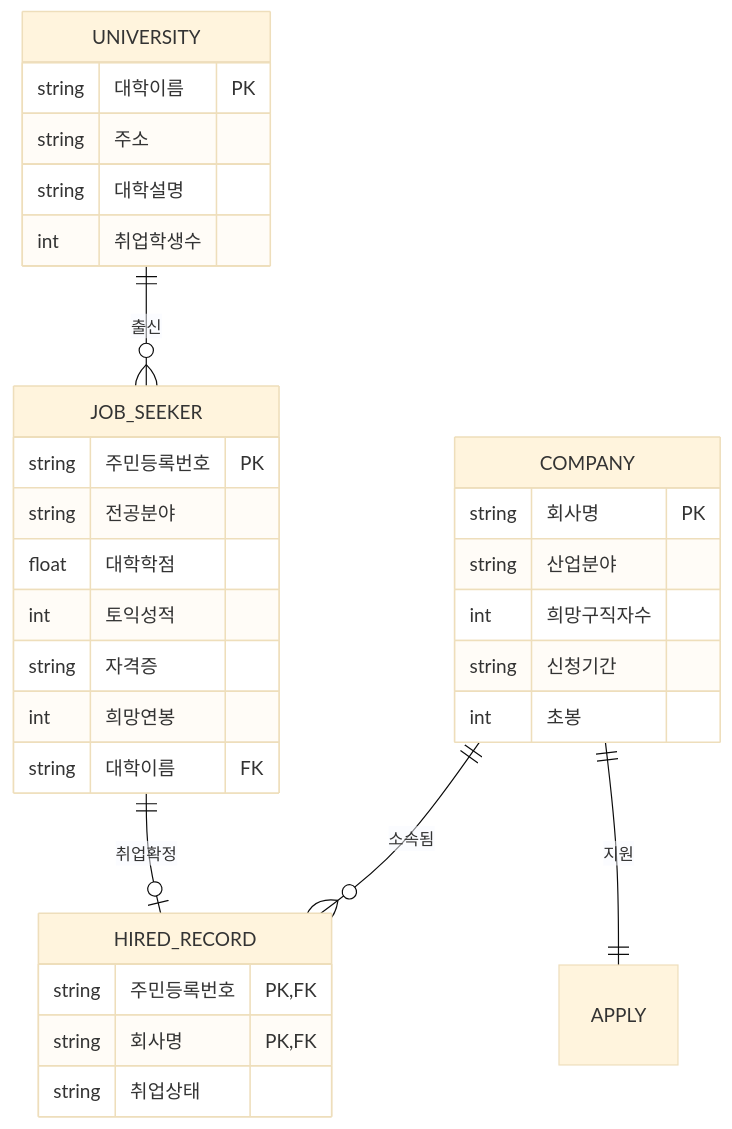
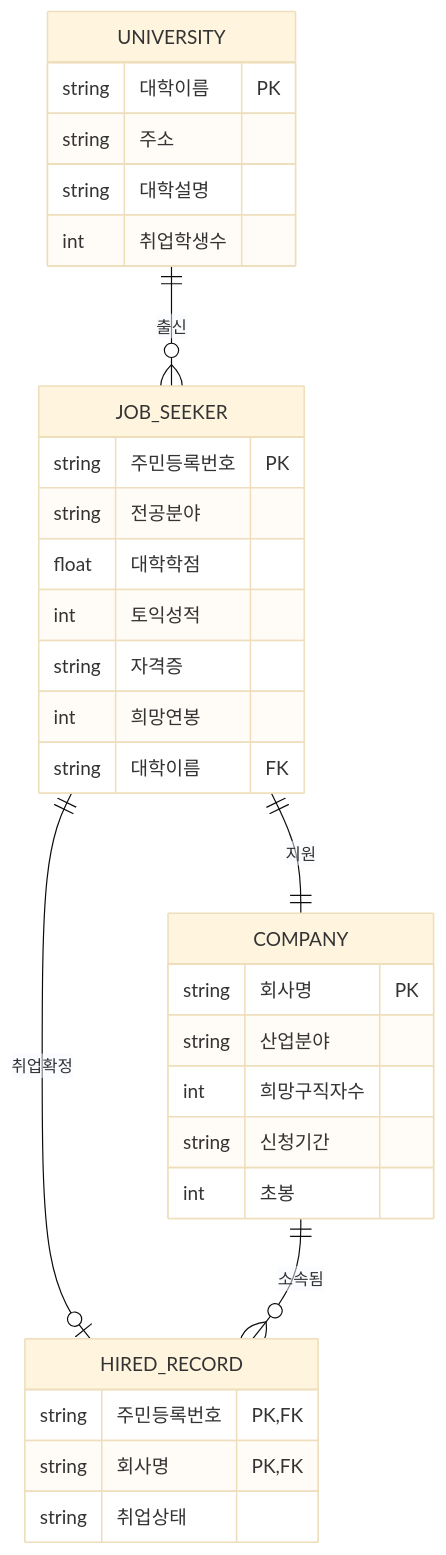
Before and after one commit to JuneYoung-II/temp: the first of 2 diagrams in er.md, drawn with Mermaid (base theme).

````diff
--- a/er.md
+++ b/er.md
@@ -2,39 +2,39 @@
 ```mermaid
 erDiagram
 
     COMPANY {
         string 회사명 PK
         string 산업분야
         int 희망구직자수
         string 신청기간
         int 초봉
     }
     
     JOB_SEEKER {
         string 주민등록번호 PK
         string 전공분야
         float 대학학점
         int 토익성적
         string 자격증
         int 희망연봉
         string 대학이름 FK
     }
     
     UNIVERSITY {
         string 대학이름 PK
         string 주소
         string 대학설명
         int 취업학생수
     }
 
     HIRED_RECORD {
         string 주민등록번호 PK, FK
         string 회사명 PK, FK
         string 취업상태
     }
 
     UNIVERSITY ||--o{ JOB_SEEKER : "출신"
-    COMPANY ||--|| APPLY : "지원"
+    JOB_SEEKER ||--|| COMPANY : "지원"
     JOB_SEEKER ||--o| HIRED_RECORD : "취업확정"
     COMPANY ||--o{ HIRED_RECORD : "소속됨"
 ```
````
